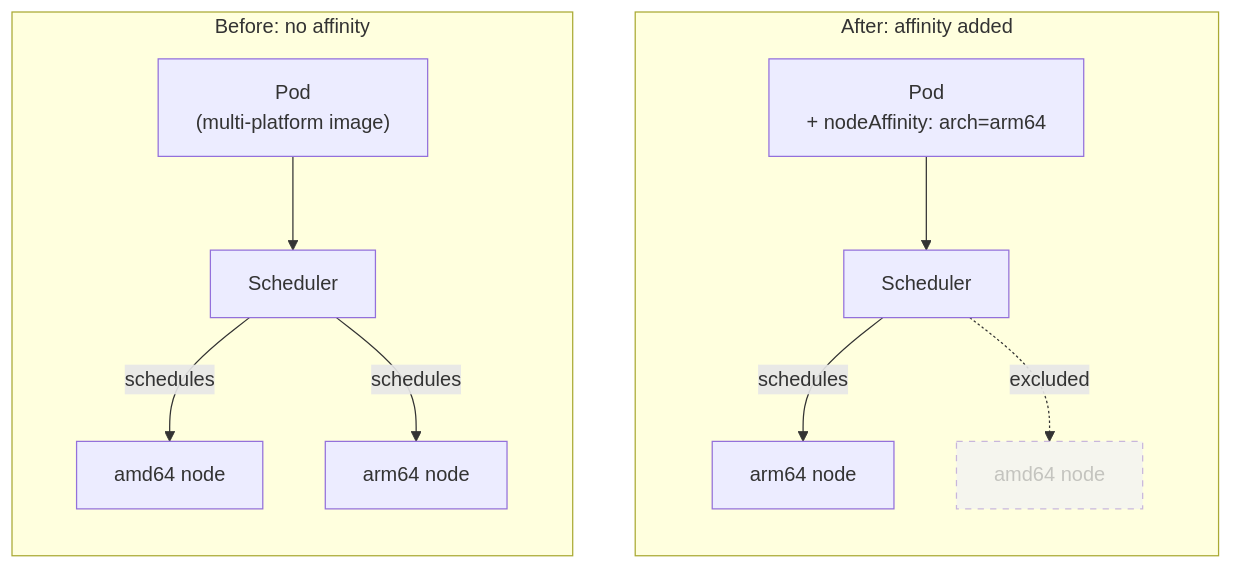
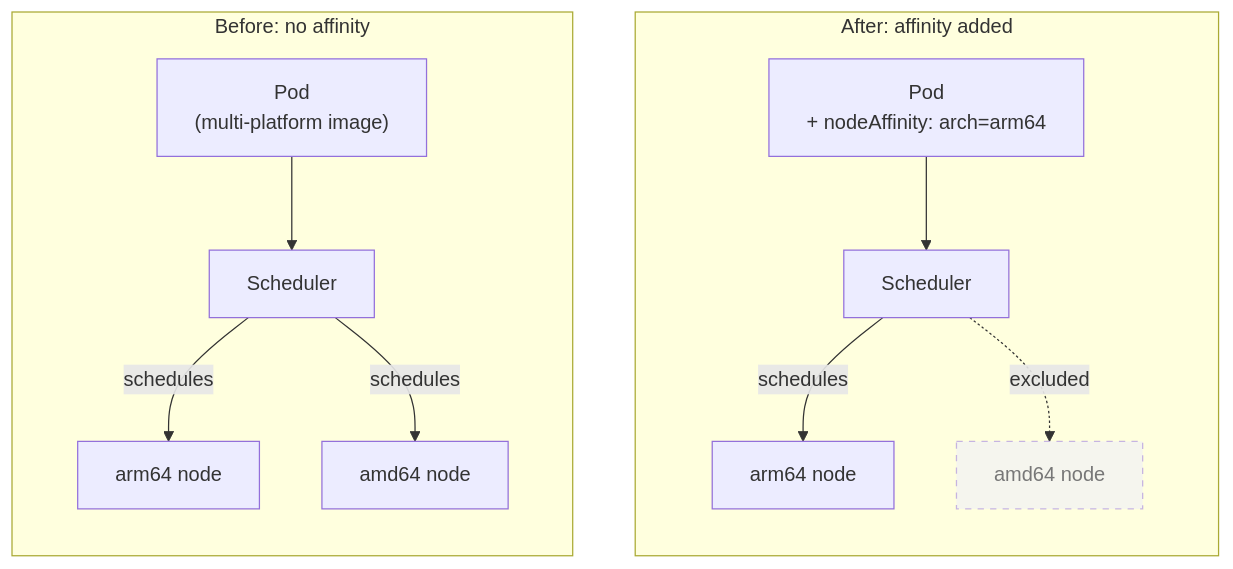
The diagram in README.md (eric-carlsson/platform-affinity-controller), drawn with Mermaid before and after one commit. The commit also changed 13 other files, not shown here.

````diff
--- a/README.md
+++ b/README.md
@@ -24,29 +24,29 @@
 ```mermaid
 flowchart TB
   subgraph After["After: affinity added"]
     direction TB
     podA["Pod<br/>+ nodeAffinity: arch=arm64"]
     schedA["Scheduler"]
     amd64A["amd64 node"]
     arm64A["arm64 node"]
 
     podA --> schedA
     schedA -->|schedules| arm64A
     schedA -.->|excluded| amd64A
+
+    classDef excluded stroke-dasharray: 5 5,fill-opacity:0.5,stroke-opacity:0.5,color:#777;
+    class amd64A excluded
   end
 
   subgraph Before["Before: no affinity"]
     direction TB
     podB["Pod<br/>(multi-platform image)"]
     schedB["Scheduler"]
     amd64B["amd64 node"]
     arm64B["arm64 node"]
 
     podB --> schedB
+    schedB -->|schedules| arm64B
     schedB -->|schedules| amd64B
-    schedB -->|schedules| arm64B
   end
-
-  classDef excluded stroke-dasharray: 5 5,opacity:0.5;
-  class amd64A excluded
 ```
````
